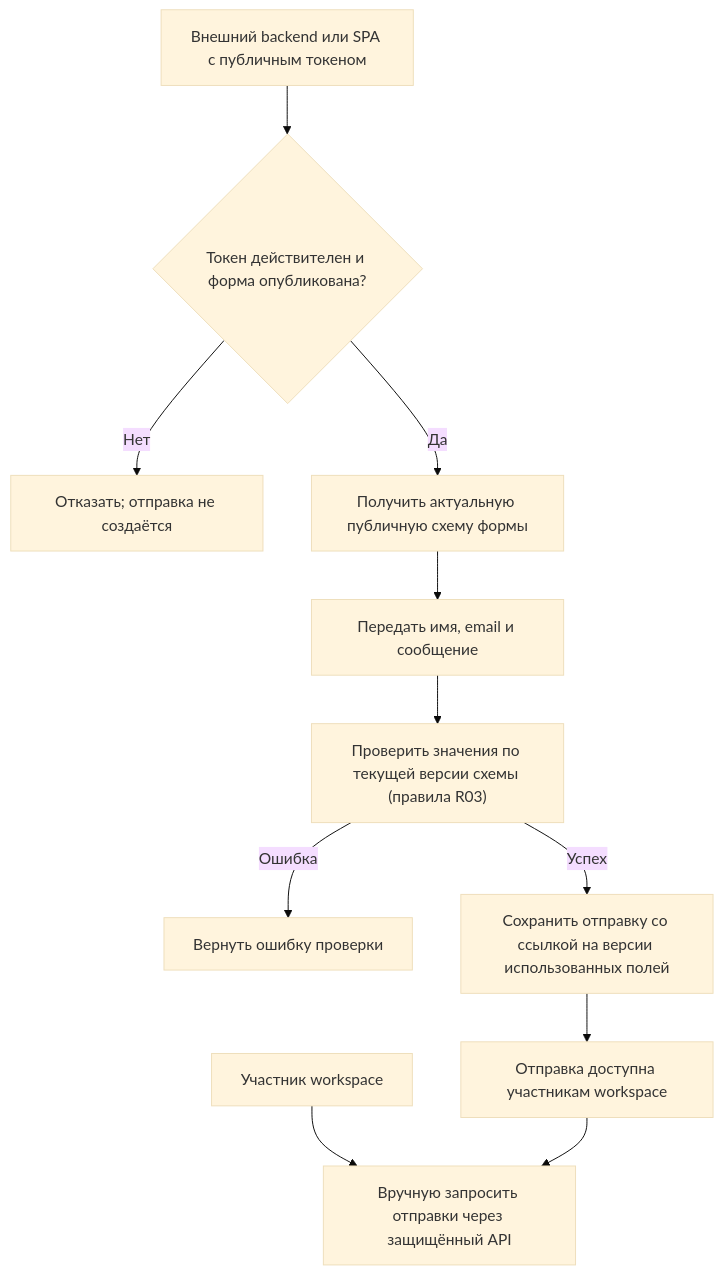
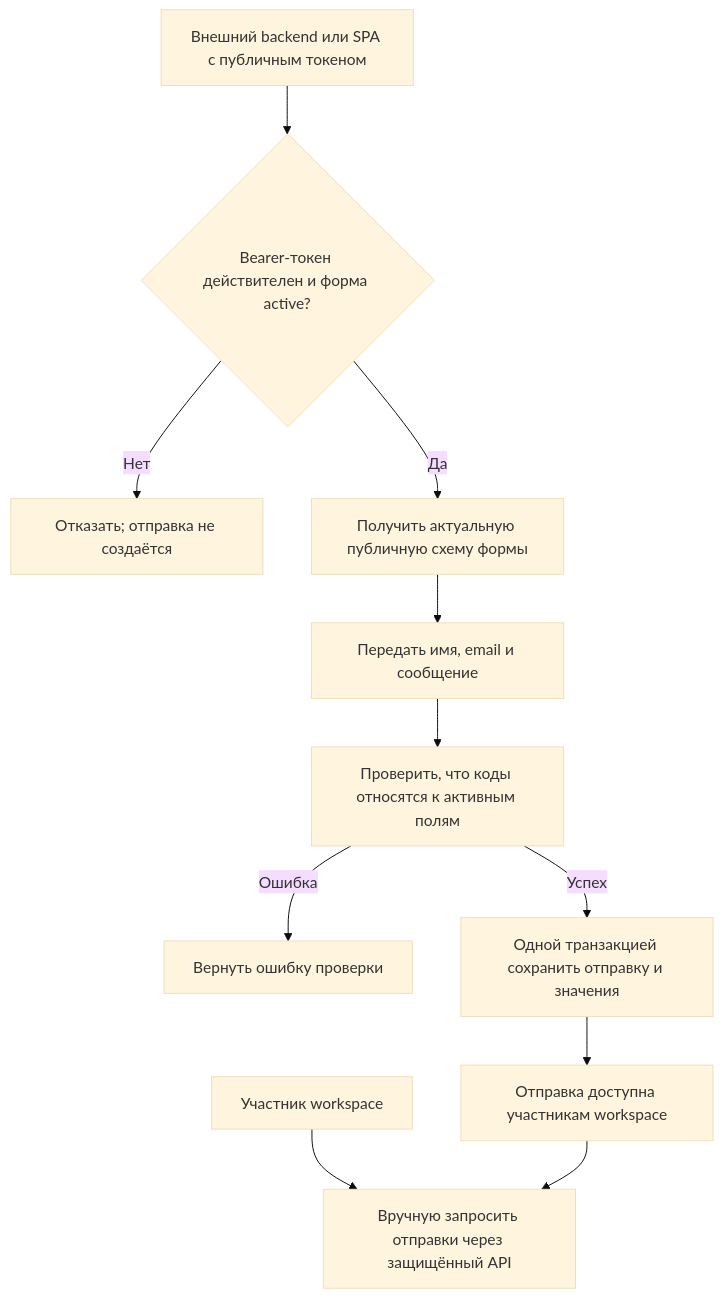
Before and after one commit to sholokhov-daniil/formflow-api: the third of 3 diagrams in docs/business-logic/submissions.md, drawn with Mermaid (base theme). The commit also changed other lines of this file and 24 other files, not shown here.

````diff
--- a/docs/business-logic/submissions.md
+++ b/docs/business-logic/submissions.md
@@ -34,13 +34,13 @@
 ```mermaid
 flowchart TD
-    Client["Внешний backend или SPA с публичным токеном"] --> Token{"Токен действителен и форма опубликована?"}
+    Client["Внешний backend или SPA с публичным токеном"] --> Token{"Bearer-токен действителен и форма active?"}
     Token -->|Нет| Denied["Отказать; отправка не создаётся"]
     Token -->|Да| Schema["Получить актуальную публичную схему формы"]
     Schema --> Submit["Передать имя, email и сообщение"]
-    Submit --> Validate["Проверить значения по текущей версии схемы (правила R03)"]
+    Submit --> Validate["Проверить, что коды относятся к активным полям"]
     Validate -->|Ошибка| Invalid["Вернуть ошибку проверки"]
-    Validate -->|Успех| Save["Сохранить отправку со ссылкой на версии использованных полей"]
+    Validate -->|Успех| Save["Одной транзакцией сохранить отправку и значения"]
     Save --> Stored["Отправка доступна участникам workspace"]
     Operator["Участник workspace"] --> Read["Вручную запросить отправки через защищённый API"]
     Stored --> Read
 ```
````
